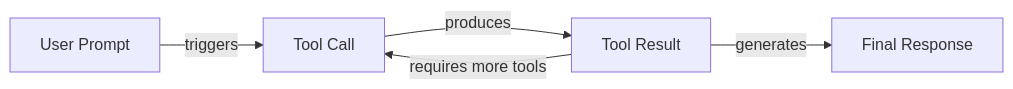
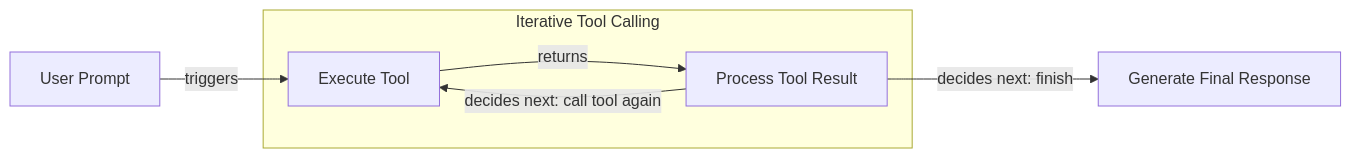
The third of 3 diagrams in RL_researcher_writer_ymaxing/rl_training_data/noise_experiment/06_tools__var_standard__replicate1__preset5/article_001.md (YMaXing/Research-Agent-reinforced-by-RL), drawn with Mermaid before and after one commit. The commit also changed other lines of this file and 4528 other files, not shown here.

````diff
--- a/RL_researcher_writer_ymaxing/rl_training_data/noise_experiment/06_tools__var_standard__replicate1__preset5/article_001.md
+++ b/RL_researcher_writer_ymaxing/rl_training_data/noise_experiment/06_tools__var_standard__replicate1__preset5/article_001.md
@@ -795,7 +662,16 @@
 ```mermaid
 flowchart LR
-    UserPrompt["User Prompt"] -- "triggers" --> ToolCall["Tool Call"]
-    ToolCall -- "produces" --> ToolResult["Tool Result"]
-    ToolResult -- "requires more tools" --> ToolCall
-    ToolResult -- "generates" --> FinalResponse["Final Response"]
+  A["User Prompt"]
+
+  subgraph "Iterative Tool Calling"
+    B["Execute Tool"]
+    C["Process Tool Result"]
+  end
+
+  D["Generate Final Response"]
+
+  A -- "triggers" --> B
+  B -- "returns" --> C
+  C -- "decides next: call tool again" --> B
+  C -- "decides next: finish" --> D
 ```
````
